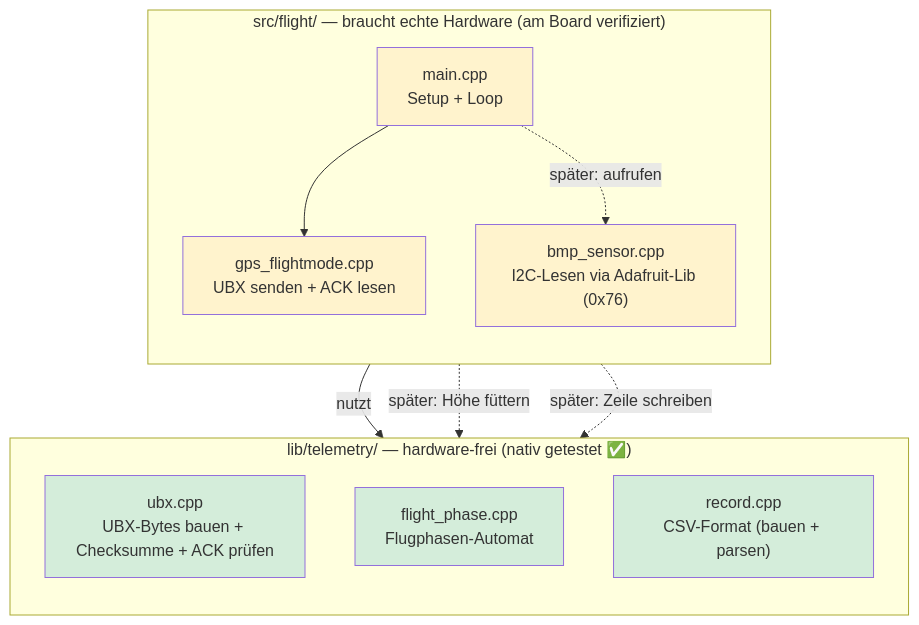
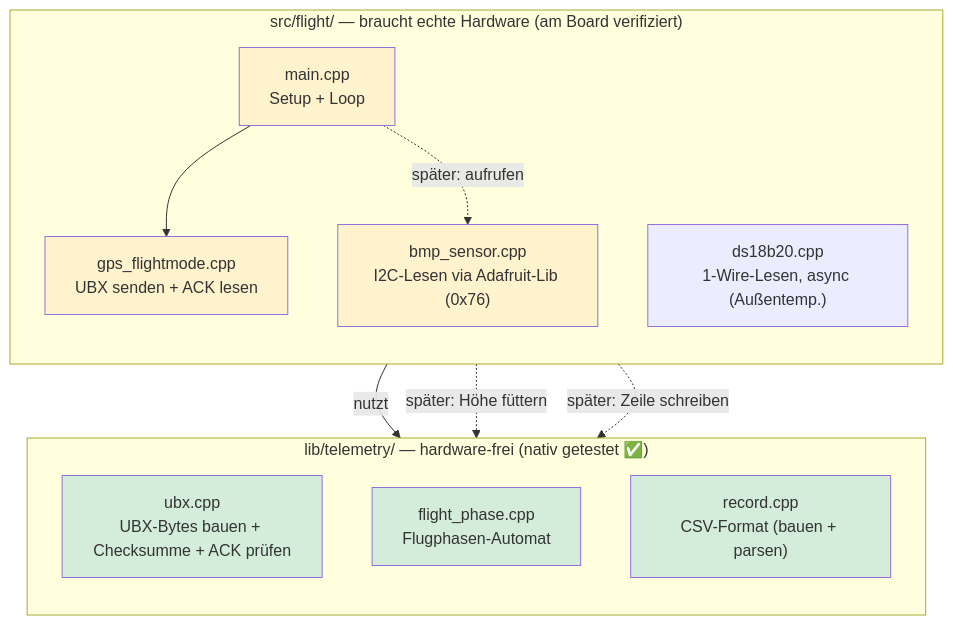
One commit to rhoentier/weather_balloon changed the first of 6 diagrams in docs/software-flow.md. Above: the diagram before and after it, drawn with Mermaid. The commit also changed other lines of this file and 5 other files, not shown here.

````diff
--- a/docs/software-flow.md
+++ b/docs/software-flow.md
@@ -27,29 +27,30 @@
 ```mermaid
 flowchart TB
     subgraph HW["src/flight/ — braucht echte Hardware (am Board verifiziert)"]
         direction TB
         MAIN["main.cpp<br/>Setup + Loop"]
         GPSFM["gps_flightmode.cpp<br/>UBX senden + ACK lesen"]
         BMP["bmp_sensor.cpp<br/>I2C-Lesen via Adafruit-Lib (0x76)"]
+        DS["ds18b20.cpp<br/>1-Wire-Lesen, async (Außentemp.)"]
     end
 
     subgraph LIB["lib/telemetry/ — hardware-frei (nativ getestet ✅)"]
         direction TB
         UBX["ubx.cpp<br/>UBX-Bytes bauen + Checksumme + ACK prüfen"]
         PHASE["flight_phase.cpp<br/>Flugphasen-Automat"]
         REC["record.cpp<br/>CSV-Format (bauen + parsen)"]
     end
 
     MAIN --> GPSFM
     GPSFM -->|nutzt| UBX
     MAIN -.->|später: aufrufen| BMP
     MAIN -.->|später: Höhe füttern| PHASE
     MAIN -.->|später: Zeile schreiben| REC
 
     style UBX fill:#d4edda
     style PHASE fill:#d4edda
     style REC fill:#d4edda
     style GPSFM fill:#fff3cd
     style MAIN fill:#fff3cd
     style BMP fill:#fff3cd
 ```
````
